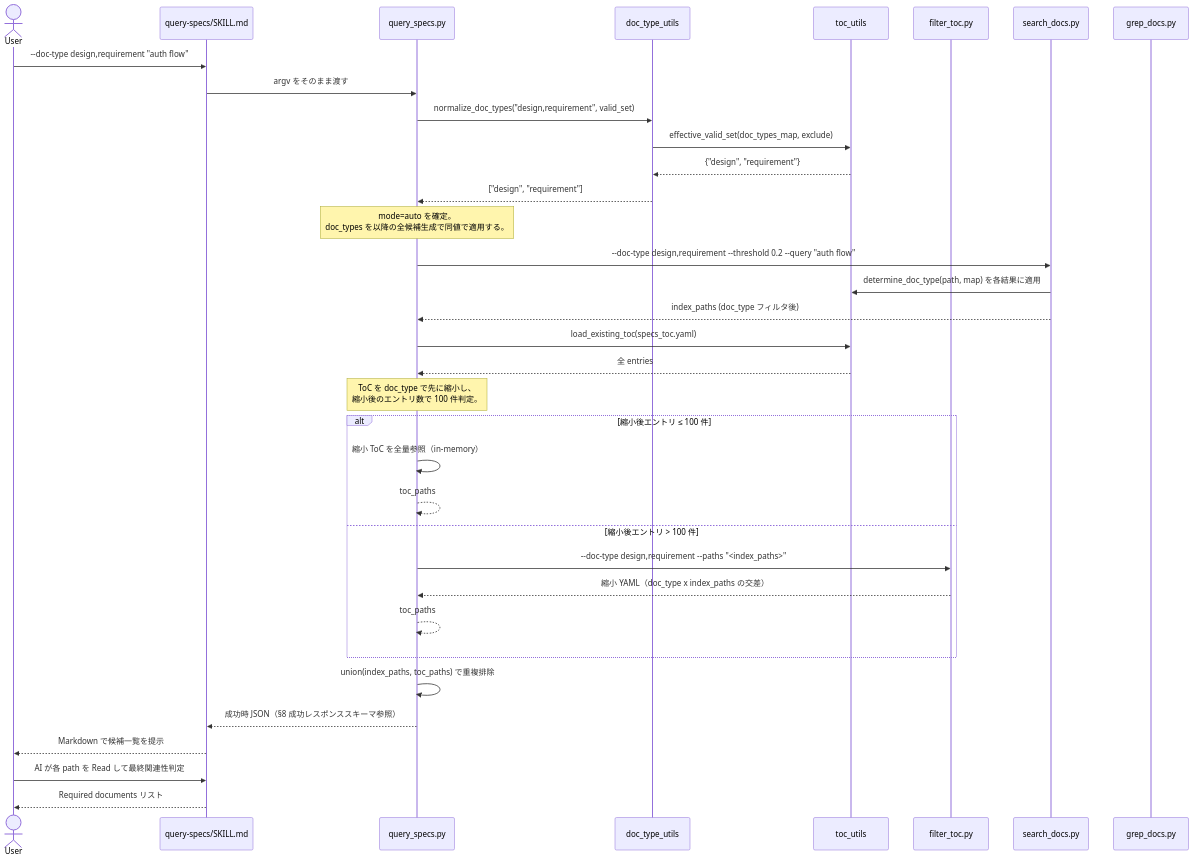
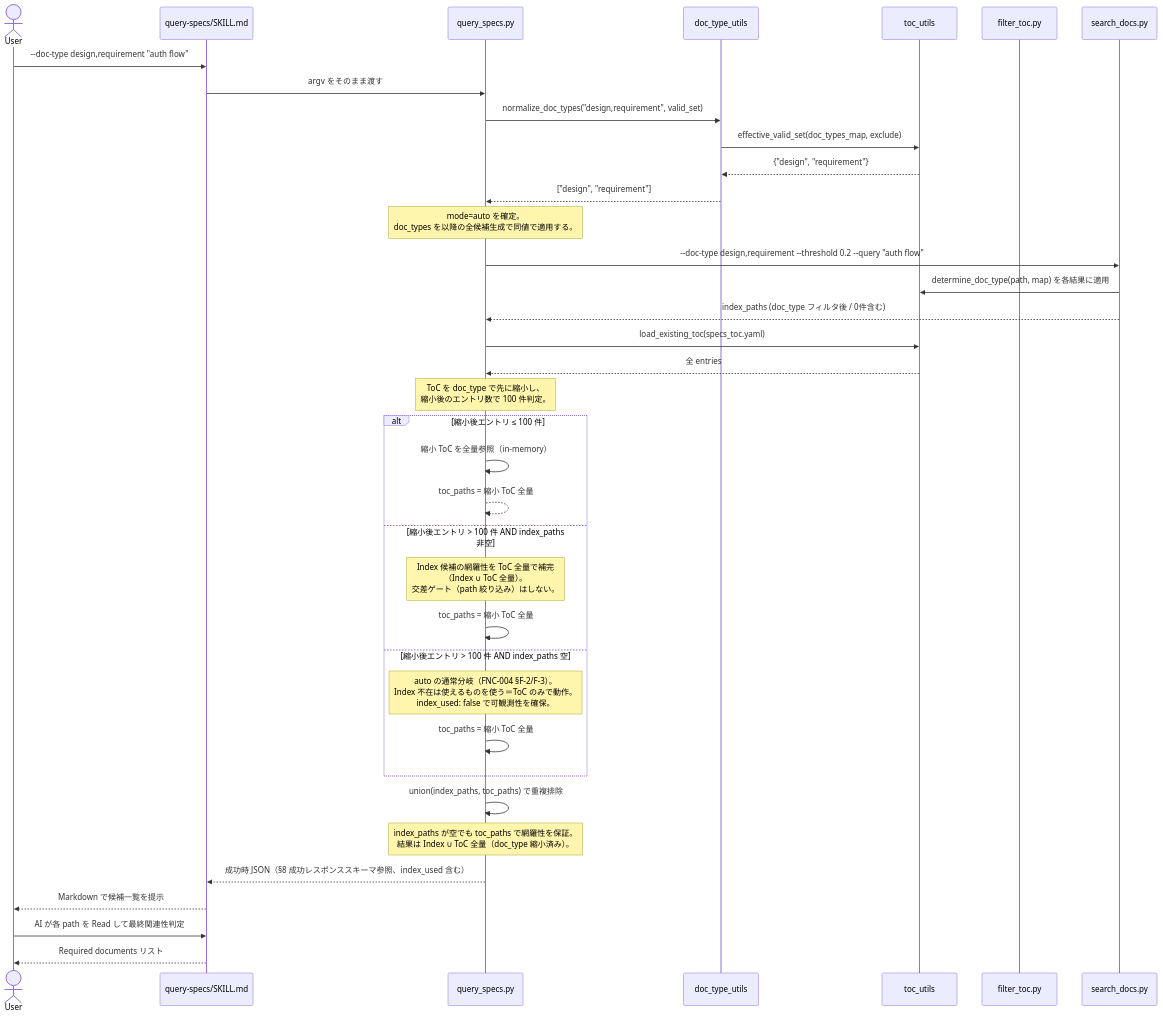
One commit to BlueEventHorizon/bw-cc-plugins changed the third of 6 diagrams in docs/specs/doc-advisor/design/DES-026_doc_type_filter_design.md. Above: the diagram before and after it, drawn with Mermaid. The commit also changed other lines of this file and 3 other files, not shown here.

````diff
--- a/docs/specs/doc-advisor/design/DES-026_doc_type_filter_design.md
+++ b/docs/specs/doc-advisor/design/DES-026_doc_type_filter_design.md
@@ -222,44 +238,46 @@
 ```mermaid
 sequenceDiagram
     actor User
     participant Skill as query-specs/SKILL.md
     participant Orch as query_specs.py
     participant DT as doc_type_utils
     participant TU as toc_utils
     participant FT as filter_toc.py
     participant SD as search_docs.py
-    participant GD as grep_docs.py
 
     User->>Skill: --doc-type design,requirement "auth flow"
     Skill->>Orch: argv をそのまま渡す
     Orch->>DT: normalize_doc_types("design,requirement", valid_set)
     DT->>TU: effective_valid_set(doc_types_map, exclude)
     TU-->>DT: {"design", "requirement"}
     DT-->>Orch: ["design", "requirement"]
 
     Note over Orch: mode=auto を確定。<br/>doc_types を以降の全候補生成で同値で適用する。
 
     Orch->>SD: --doc-type design,requirement --threshold 0.2 --query "auth flow"
     SD->>TU: determine_doc_type(path, map) を各結果に適用
-    SD-->>Orch: index_paths (doc_type フィルタ後)
+    SD-->>Orch: index_paths (doc_type フィルタ後 / 0件含む)
 
     Orch->>TU: load_existing_toc(specs_toc.yaml)
     TU-->>Orch: 全 entries
 
     Note over Orch: ToC を doc_type で先に縮小し、<br/>縮小後のエントリ数で 100 件判定。
 
     alt 縮小後エントリ ≤ 100 件
         Orch->>Orch: 縮小 ToC を全量参照（in-memory）
-        Orch-->>Orch: toc_paths
-    else 縮小後エントリ > 100 件
-        Orch->>FT: --doc-type design,requirement --paths "<index_paths>"
-        FT-->>Orch: 縮小 YAML（doc_type x index_paths の交差）
-        Orch-->>Orch: toc_paths
+        Orch-->>Orch: toc_paths = 縮小 ToC 全量
+    else 縮小後エントリ > 100 件 AND index_paths 非空
+        Note over Orch: Index 候補の網羅性を ToC 全量で補完<br/>（Index ∪ ToC 全量）。<br/>交差ゲート（path 絞り込み）はしない。
+        Orch->>Orch: toc_paths = 縮小 ToC 全量
+    else 縮小後エントリ > 100 件 AND index_paths 空
+        Note over Orch: auto の通常分岐（FNC-004 §F-2/F-3）。<br/>Index 不在は使えるものを使う＝ToC のみで動作。<br/>index_used: false で可観測性を確保。
+        Orch->>Orch: toc_paths = 縮小 ToC 全量
     end
 
     Orch->>Orch: union(index_paths, toc_paths) で重複排除
-    Orch-->>Skill: 成功時 JSON（§8 成功レスポンススキーマ参照）
+    Note over Orch: index_paths が空でも toc_paths で網羅性を保証。<br/>結果は Index ∪ ToC 全量（doc_type 縮小済み）。
+    Orch-->>Skill: 成功時 JSON（§8 成功レスポンススキーマ参照、index_used 含む）
     Skill-->>User: Markdown で候補一覧を提示
     User->>Skill: AI が各 path を Read して最終関連性判定
     Skill-->>User: Required documents リスト
 ```
````
